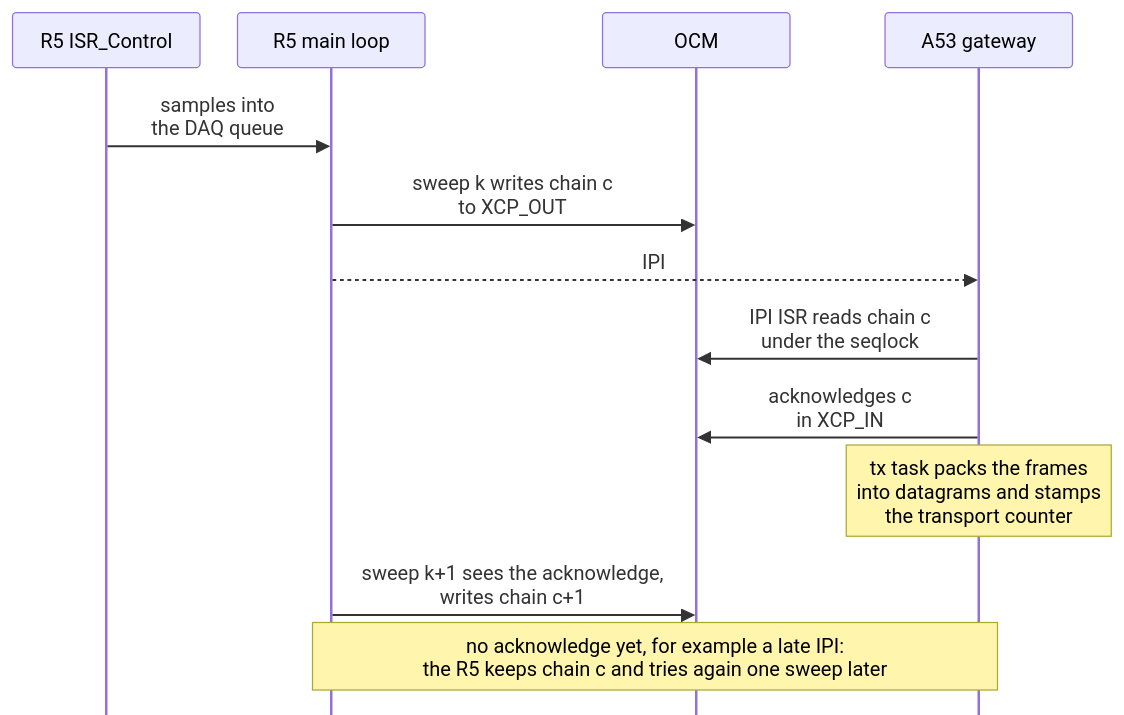
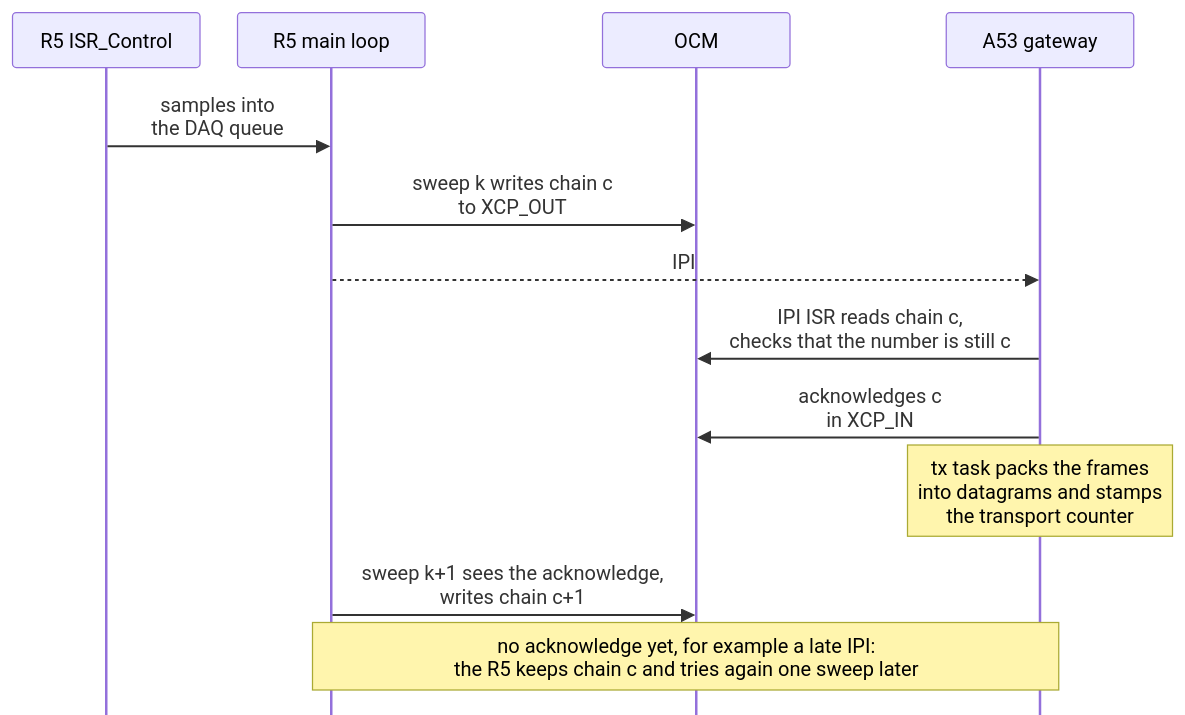
One commit to ultrazohm/ultrazohm_sw changed the fifth of 5 diagrams in docs/source/guide/XCP/XCP_architecture.rst. Above: the diagram before and after it, drawn with Mermaid. The commit also changed other lines of this file and 4 other files, not shown here.

First line of the commit message:
docs: chain number as fifth exchange mechanism, new counter meanings

```diff
--- a/docs/source/guide/XCP/XCP_architecture.rst
+++ b/docs/source/guide/XCP/XCP_architecture.rst
@@ -233,18 +236,18 @@
 .. mermaid::
     :align: center
     :caption: Path of measurement data with the consumption handshake
 
     %%{init: {"sequence": {"mirrorActors": false, "messageMargin": 28, "actorMargin": 30, "noteMargin": 8, "boxMargin": 6, "height": 44}}}%%
     sequenceDiagram
       participant I as R5 ISR_Control
       participant R as R5 main loop
       participant O as OCM
       participant A as A53 gateway
       I->>R: samples into<br>the DAQ queue
       R->>O: sweep k writes chain c<br>to XCP_OUT
       R-->>A: IPI
-      A->>O: IPI ISR reads chain c<br>under the seqlock
+      A->>O: IPI ISR reads chain c,<br>checks that the number is still c
       A->>O: acknowledges c<br>in XCP_IN
       Note over A: tx task packs the frames<br>into datagrams and stamps<br>the transport counter
       R->>O: sweep k+1 sees the acknowledge,<br>writes chain c+1
       Note over R,A: no acknowledge yet, for example a late IPI:<br>the R5 keeps chain c and tries again one sweep later
```
